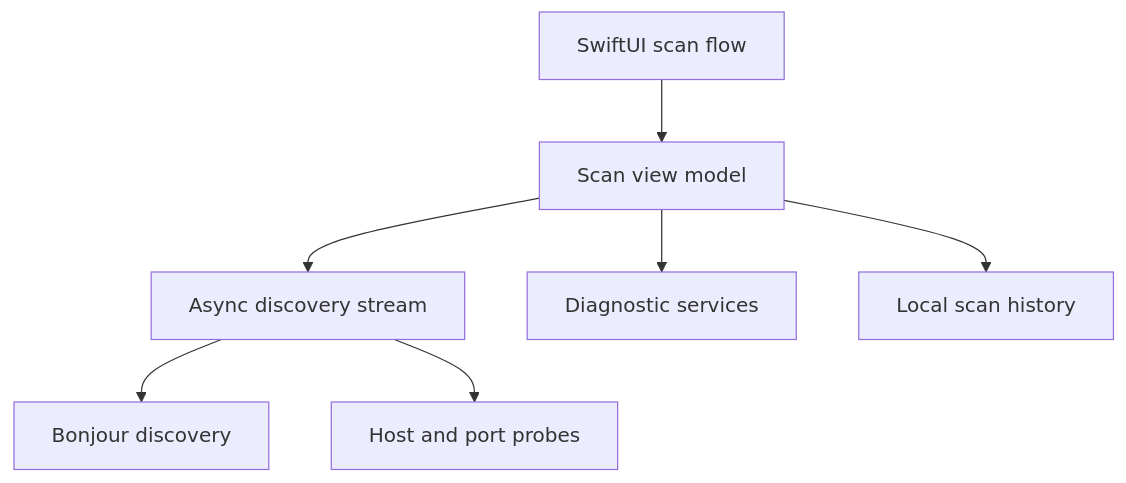
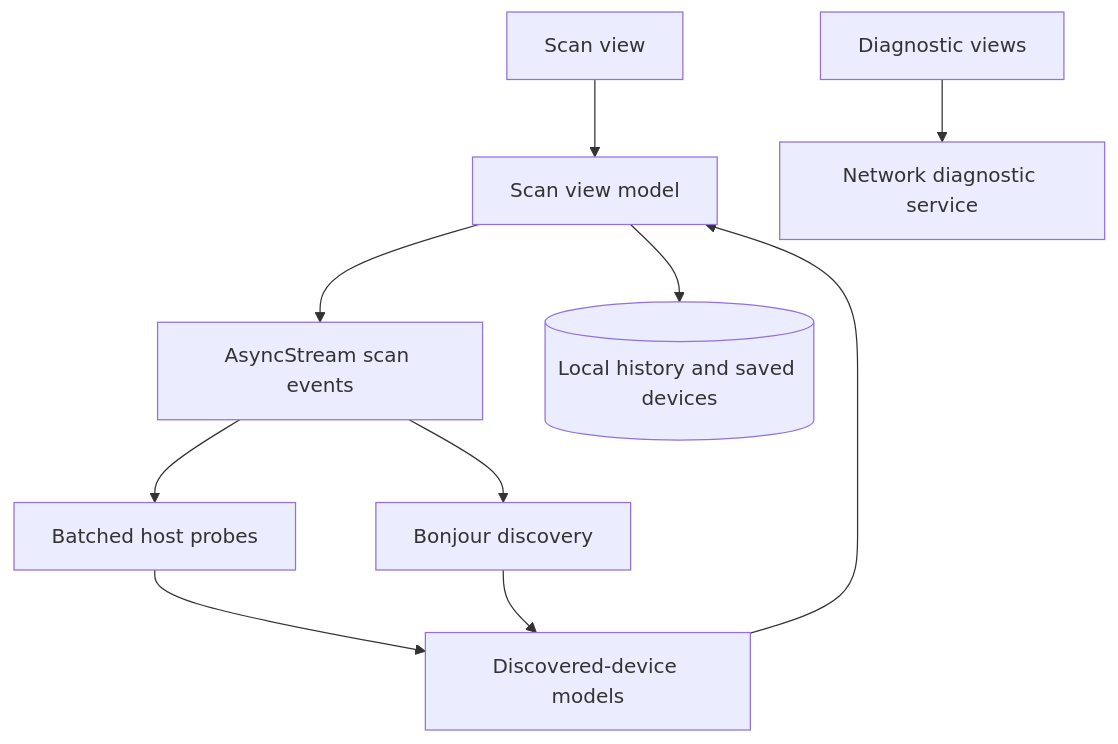
The diagram in docs/ENGINEERING.md (Zodomik/wifi-analyzer-showcase), drawn with Mermaid before and after one commit. The commit also changed other lines of this file and 3 other files, not shown here.

Commit message:
Document architecture, data models and implementation details

````diff
--- a/docs/ENGINEERING.md
+++ b/docs/ENGINEERING.md
@@ -7,9 +17,12 @@
 ```mermaid
 flowchart TD
-A[SwiftUI scan flow] --> B[Scan view model]
-B --> C[Async discovery stream]
-C --> D[Bonjour discovery]
-C --> E[Host and port probes]
-B --> F[Diagnostic services]
-B --> G[Local scan history]
+    View[Scan view] --> VM[Scan view model]
+    VM --> Stream[AsyncStream scan events]
+    Stream --> Hosts[Batched host probes]
+    Stream --> Bonjour[Bonjour discovery]
+    Hosts --> Device[Discovered-device models]
+    Bonjour --> Device
+    Device --> VM
+    VM --> Local[(Local history and saved devices)]
+    Tools[Diagnostic views] --> Service[Network diagnostic service]
 ```
````
